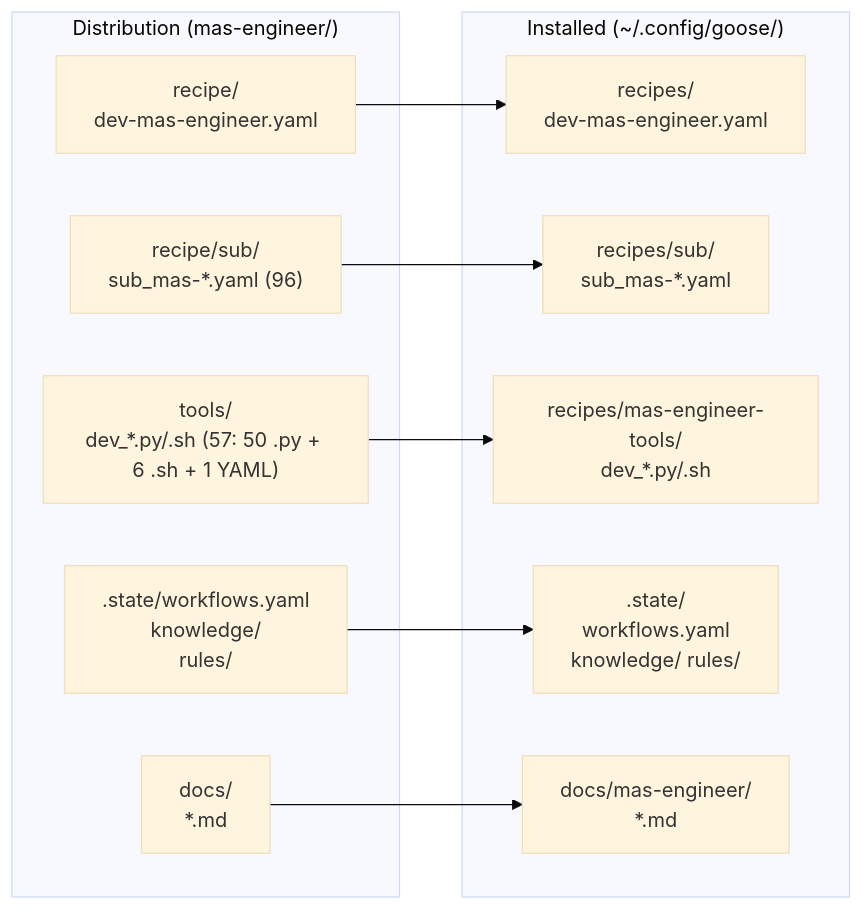
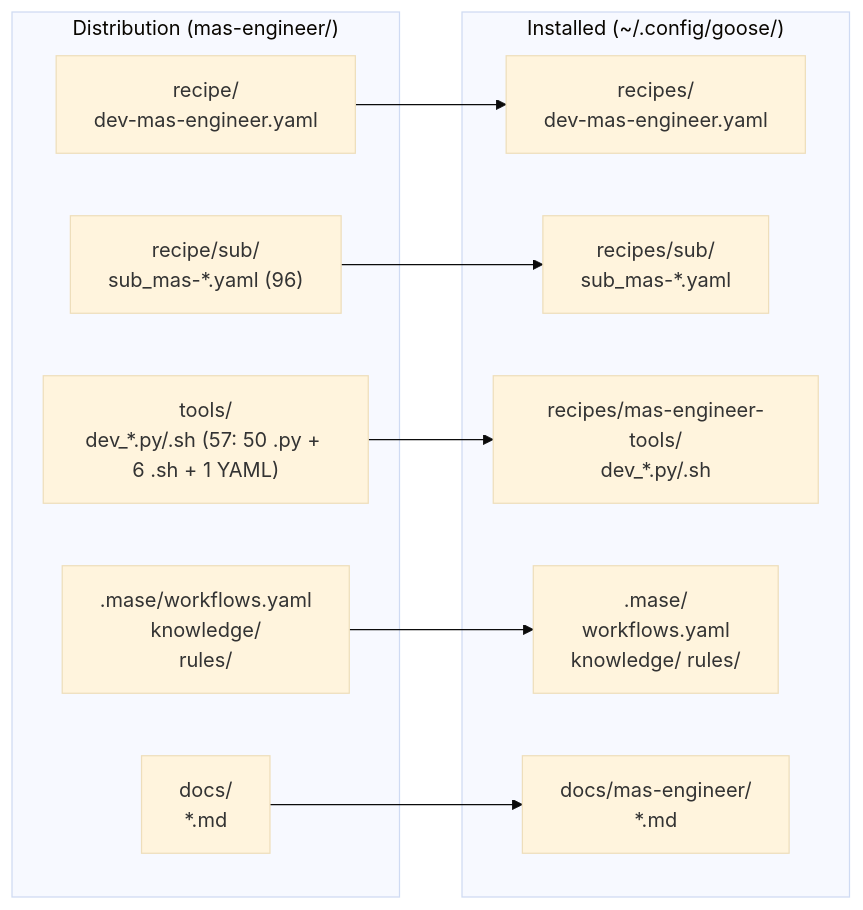
One commit to mczardybon/mas-engineer changed the second of 2 diagrams in docs/installation.md. Above: the diagram before and after it, drawn with Mermaid (base theme). The commit also changed other lines of this file and 380 other files, not shown here.

````diff
--- a/docs/installation.md
+++ b/docs/installation.md
@@ -50,23 +50,23 @@
 ```mermaid
 flowchart LR
     subgraph SOURCE["Distribution (mas-engineer/)"]
         S1["recipe/\ndev-mas-engineer.yaml"]
         S2["recipe/sub/\nsub_mas-*.yaml (96)"]
         S3["tools/\ndev_*.py/.sh (57: 50 .py + 6 .sh + 1 YAML)"]
-        S4[".state/workflows.yaml\nknowledge/\n rules/"]
+        S4[".mase/workflows.yaml\nknowledge/\n rules/"]
         S5["docs/\n*.md"]
     end
     subgraph DEST["Installed (~/.config/goose/)"]
         D1["recipes/\ndev-mas-engineer.yaml"]
         D2["recipes/sub/\nsub_mas-*.yaml"]
         D3["recipes/mas-engineer-tools/\ndev_*.py/.sh"]
-        D4[".state/\nworkflows.yaml\nknowledge/ rules/"]
+        D4[".mase/\nworkflows.yaml\nknowledge/ rules/"]
         D5["docs/mas-engineer/\n*.md"]
     end
 
     S1 --> D1
     S2 --> D2
     S3 --> D3
     S4 --> D4
     S5 --> D5
 ```
````
